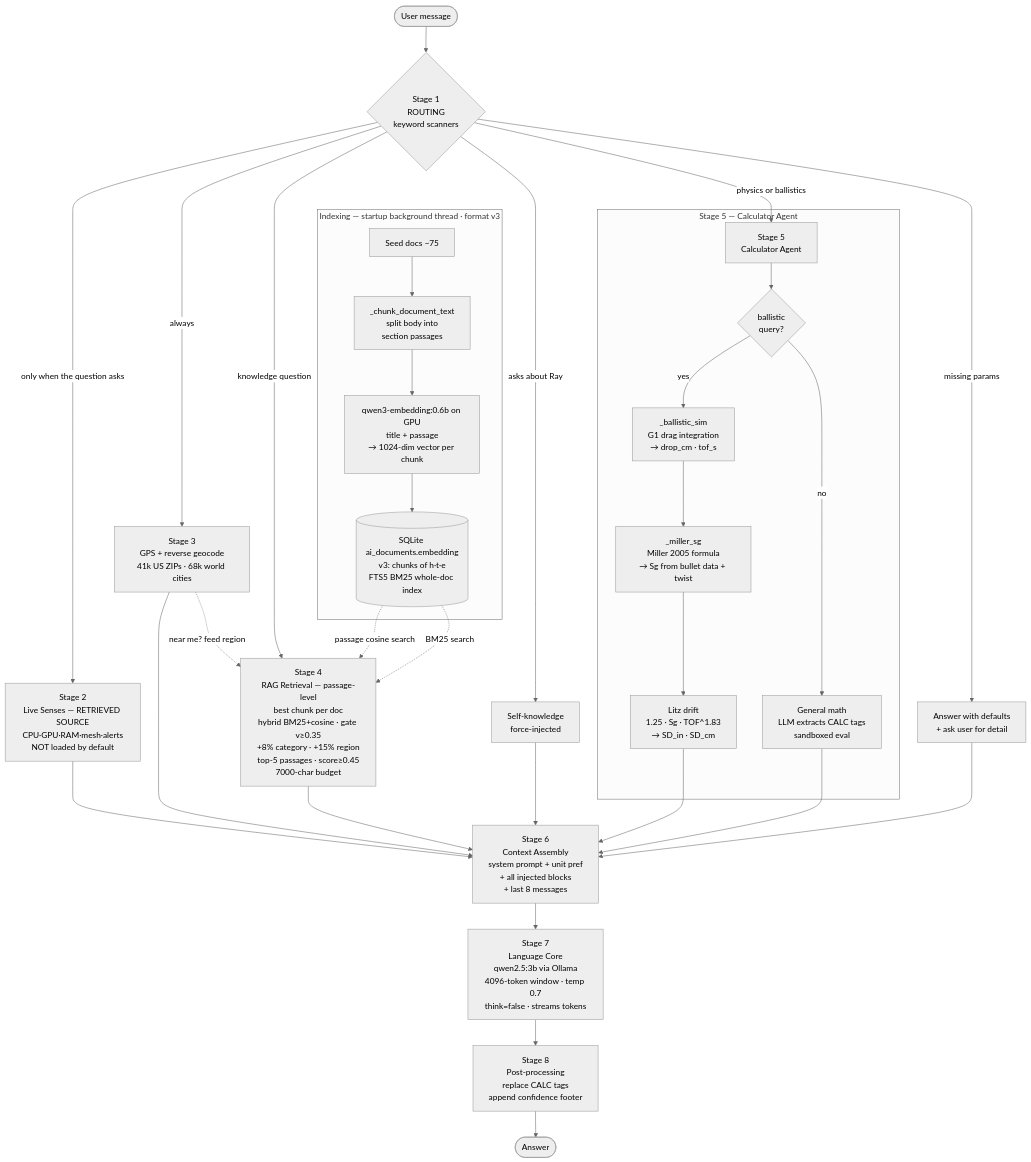
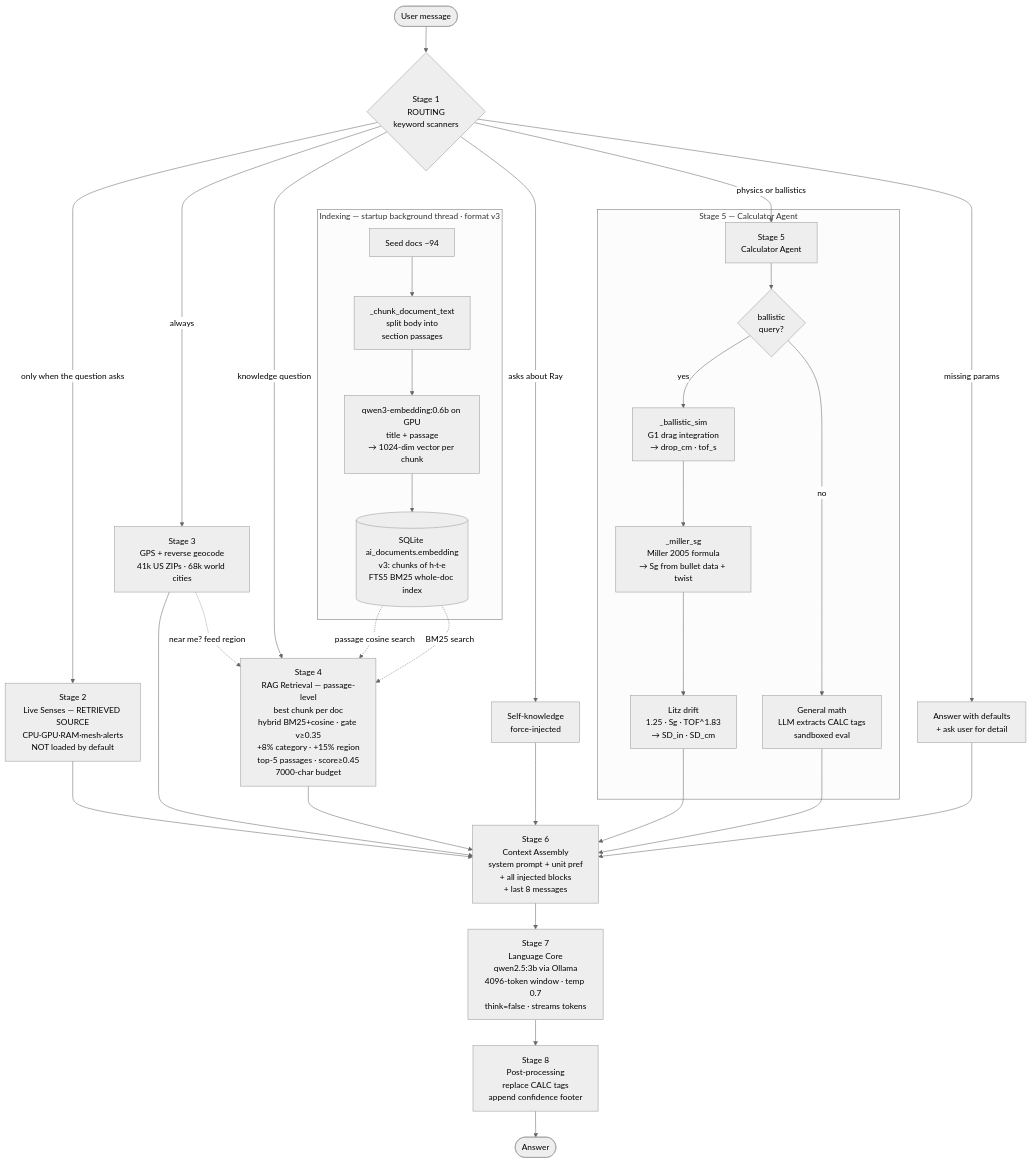
One commit to atlas-navigate/atlas-control changed the diagram in RAY_BRAIN.md. Above: the diagram before and after it, drawn with Mermaid (neutral theme). The commit also changed other lines of this file and 4 other files, not shown here.

````diff
--- a/RAY_BRAIN.md
+++ b/RAY_BRAIN.md
@@ -321,40 +323,40 @@
 ```mermaid
 flowchart TD
     U([User message]) --> R{Stage 1\nROUTING\nkeyword scanners}
 
     R -->|only when the question asks| S[Stage 2\nLive Senses — RETRIEVED SOURCE\nCPU·GPU·RAM·mesh·alerts\nNOT loaded by default]
     R -->|always| G[Stage 3\nGPS + reverse geocode\n41k US ZIPs · 68k world cities]
     G -.->|near me? feed region| RAG
     R -->|knowledge question| RAG[Stage 4\nRAG Retrieval — passage-level\nbest chunk per doc\nhybrid BM25+cosine · gate v≥0.35\n+8% category · +15% region\ntop-5 passages · score≥0.45\n7000-char budget]
     R -->|physics or ballistics| C[Stage 5\nCalculator Agent]
     R -->|asks about Ray| SK[Self-knowledge\nforce-injected]
     R -->|missing params| ASK[Answer with defaults\n+ ask user for detail]
 
     subgraph CALC [Stage 5 — Calculator Agent]
         C --> CB{ballistic\nquery?}
         CB -->|yes| BS[_ballistic_sim\nG1 drag integration\n→ drop_cm · tof_s]
         BS --> MS[_miller_sg\nMiller 2005 formula\n→ Sg from bullet data + twist]
         MS --> LD[Litz drift\n1.25 · Sg · TOF^1.83\n→ SD_in · SD_cm]
         CB -->|no| GM[General math\nLLM extracts CALC tags\nsandboxed eval]
     end
 
     S --> CTX[Stage 6\nContext Assembly\nsystem prompt + unit pref\n+ all injected blocks\n+ last 8 messages]
     G --> CTX
     RAG --> CTX
     SK --> CTX
     LD --> CTX
     GM --> CTX
     ASK --> CTX
 
     CTX --> LLM[Stage 7\nLanguage Core\nqwen2.5:3b via Ollama\n4096-token window · temp 0.7\nthink=false · streams tokens]
     LLM --> PP[Stage 8\nPost-processing\nreplace CALC tags\nappend confidence footer]
     PP --> ANS([Answer])
 
     subgraph IDX [Indexing — startup background thread · format v3]
-        D[Seed docs ~75] --> CH[_chunk_document_text\nsplit body into\nsection passages]
+        D[Seed docs ~94] --> CH[_chunk_document_text\nsplit body into\nsection passages]
         CH --> E[qwen3-embedding:0.6b on GPU\ntitle + passage\n→ 1024-dim vector per chunk]
         E --> DB[(SQLite ai_documents.embedding\nv3: chunks of h·t·e\nFTS5 BM25 whole-doc index)]
     end
     DB -.->|passage cosine search| RAG
     DB -.->|BM25 search| RAG
 ```
````
